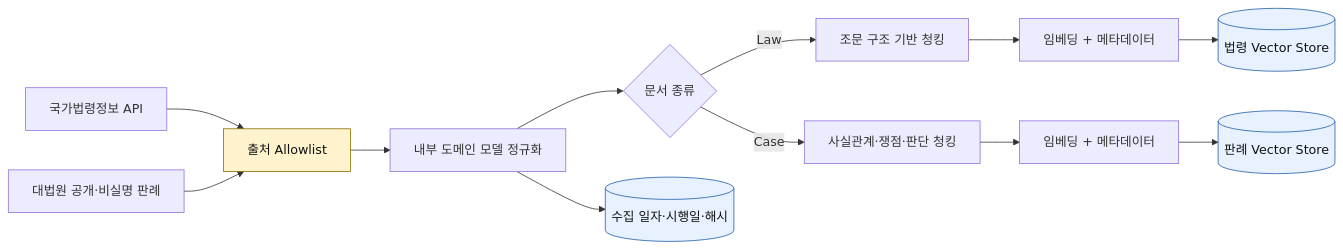
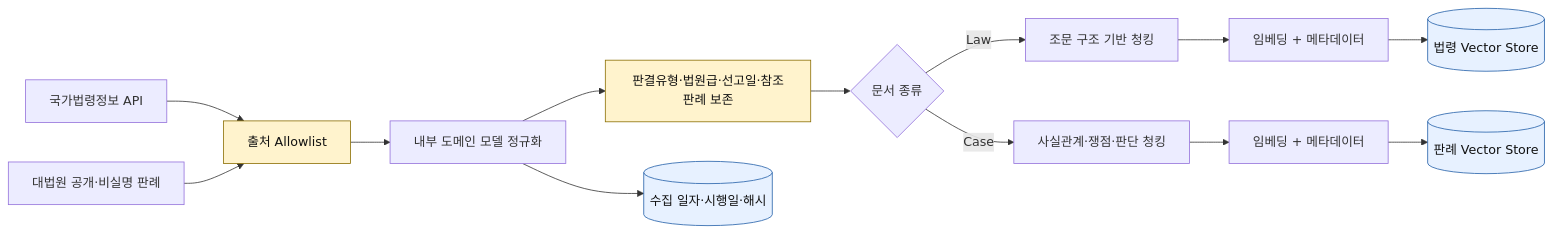
One commit to Jkim1647/ssafy16-safelaw-rag changed the second of 2 diagrams in docs/architecture.md. Above: the diagram before and after it, drawn with Mermaid. The commit also changed other lines of this file and 18 other files, not shown here.

````diff
--- a/docs/architecture.md
+++ b/docs/architecture.md
@@ -64,19 +64,20 @@
 ```mermaid
 flowchart LR
     LAW[국가법령정보 API] --> ALLOW[출처 Allowlist]
     COURT[대법원 공개·비실명 판례] --> ALLOW
     ALLOW --> NORMALIZE[내부 도메인 모델 정규화]
-    NORMALIZE --> SPLIT{문서 종류}
+    NORMALIZE --> POLICY[판결유형·법원급·선고일·참조판례 보존]
+    POLICY --> SPLIT{문서 종류}
     SPLIT -->|Law| LC[조문 구조 기반 청킹]
     SPLIT -->|Case| CC[사실관계·쟁점·판단 청킹]
     LC --> LE[임베딩 + 메타데이터]
     CC --> CE[임베딩 + 메타데이터]
     LE --> LS[(법령 Vector Store)]
     CE --> CS[(판례 Vector Store)]
     NORMALIZE --> AUDIT[(수집 일자·시행일·해시)]
 
     classDef security fill:#fff3cd,stroke:#8a6d00,color:#111;
     classDef store fill:#e7f1ff,stroke:#225ea8,color:#111;
-    class ALLOW security;
+    class ALLOW,POLICY security;
     class LS,CS,AUDIT store;
 ```
````
